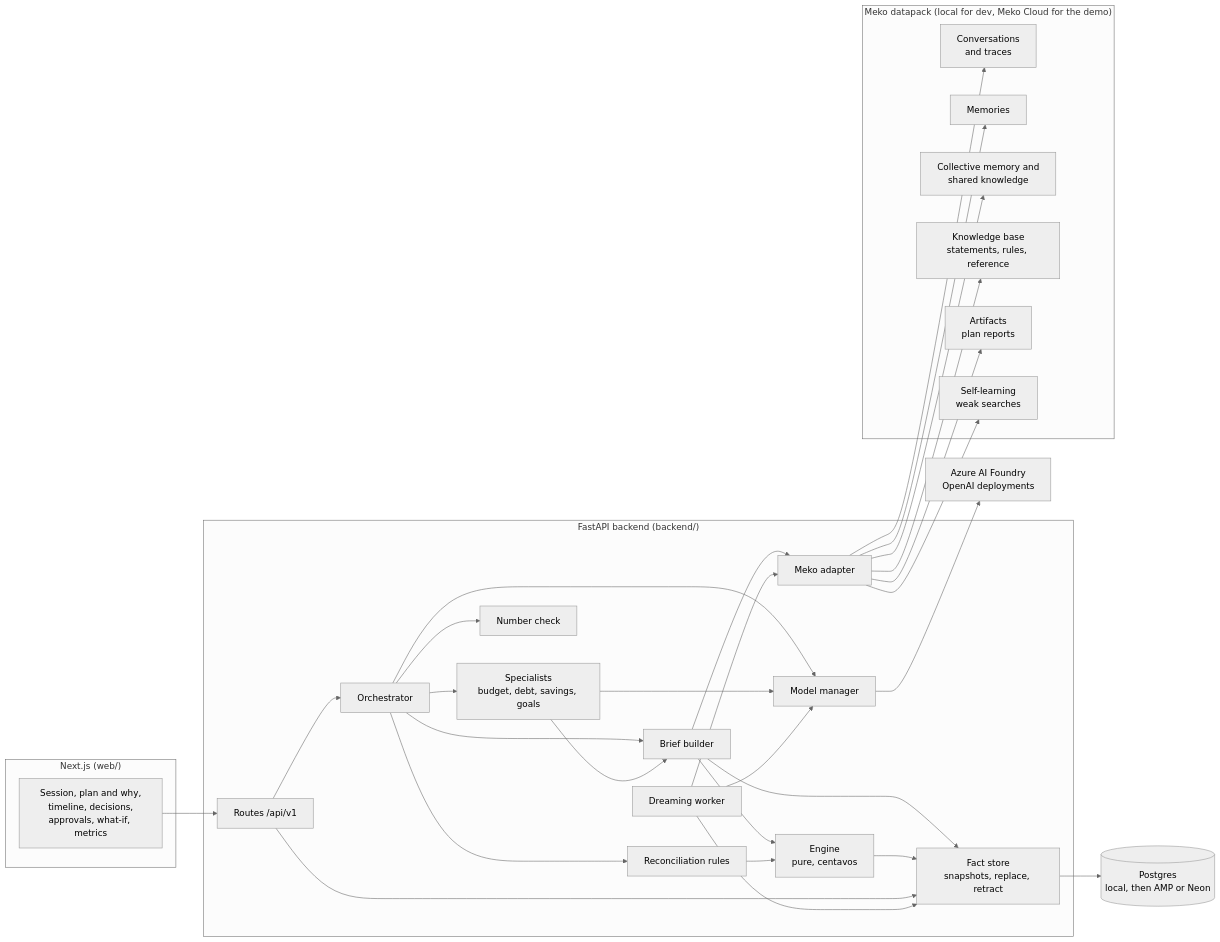
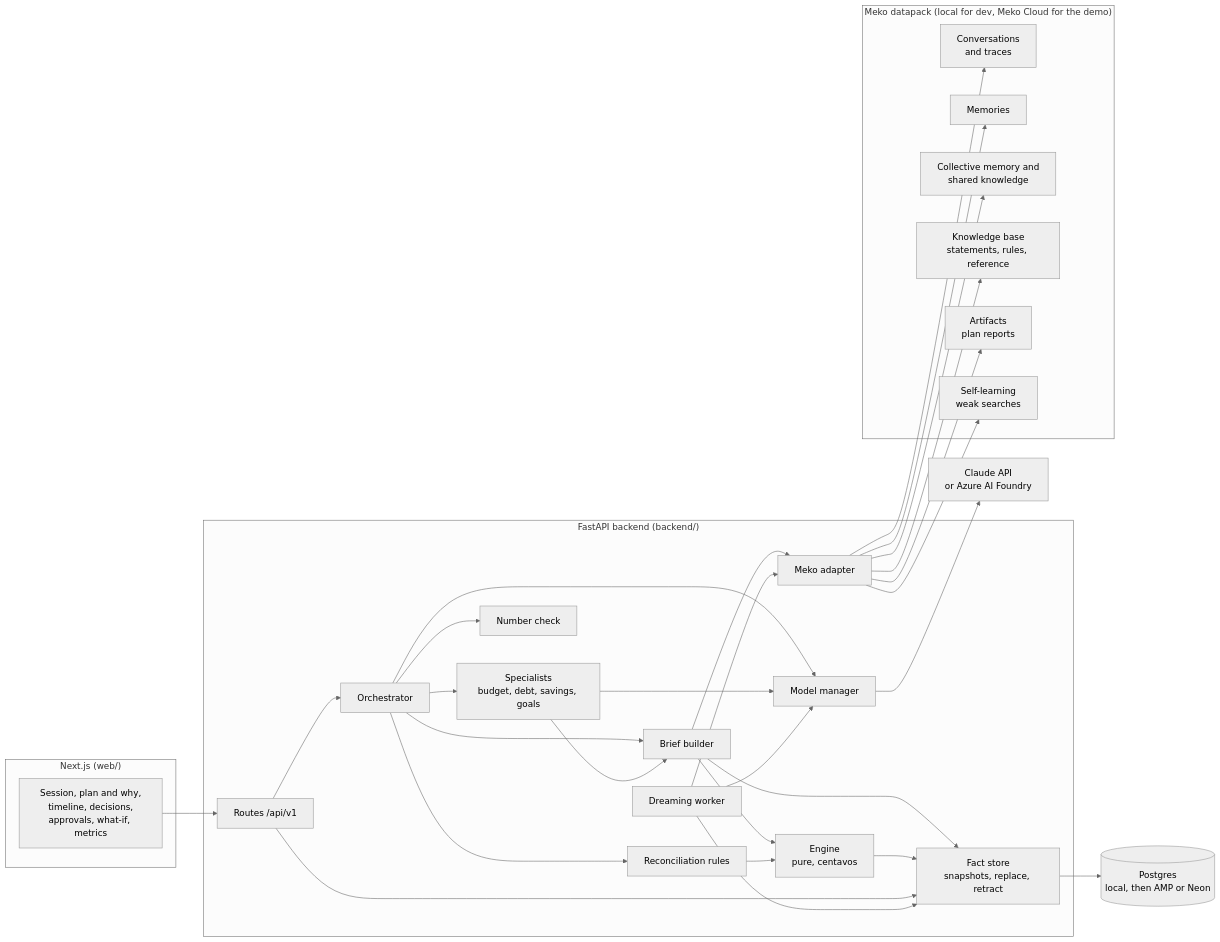
One commit to pimcabanlit/kako changed the diagram in docs/architecture.md. Above: the diagram before and after it, drawn with Mermaid (neutral theme). The commit also changed other lines of this file and 12 other files, not shown here.

````diff
--- a/docs/architecture.md
+++ b/docs/architecture.md
@@ -31,59 +31,59 @@
 ```mermaid
 flowchart LR
   subgraph Web["Next.js (web/)"]
     UI[Session, plan and why,<br/>timeline, decisions,<br/>approvals, what-if, metrics]
   end
 
   subgraph API["FastAPI backend (backend/)"]
     R[Routes /api/v1]
     ORC[Orchestrator]
     SP[Specialists<br/>budget, debt, savings, goals]
     BR[Brief builder]
     NC[Number check]
     REC[Reconciliation rules]
     ENG[Engine<br/>pure, centavos]
     FS[Fact store<br/>snapshots, replace, retract]
     DR[Dreaming worker]
     MM[Model manager]
     MA[Meko adapter]
   end
 
   PG[(Postgres<br/>local, then AMP or Neon)]
-  AF[Azure AI Foundry<br/>OpenAI deployments]
+  AF[Claude API<br/>or Azure AI Foundry]
 
   subgraph Meko["Meko datapack (local for dev, Meko Cloud for the demo)"]
     CONV[Conversations<br/>and traces]
     MEM[Memories]
     SK[Collective memory and<br/>shared knowledge]
     KB[Knowledge base<br/>statements, rules, reference]
     ART[Artifacts<br/>plan reports]
     SL[Self-learning<br/>weak searches]
   end
 
   UI --> R
   R --> ORC
   ORC --> SP
   ORC --> BR
   SP --> BR
   BR --> FS
   BR --> ENG
   BR --> MA
   ORC --> REC
   REC --> ENG
   ORC --> NC
   ENG --> FS
   FS --> PG
   R --> FS
   DR --> FS
   DR --> MA
   ORC --> MM
   SP --> MM
   DR --> MM
   MM --> AF
   MA --> CONV
   MA --> MEM
   MA --> SK
   MA --> KB
   MA --> ART
   MA --> SL
 ```
````
